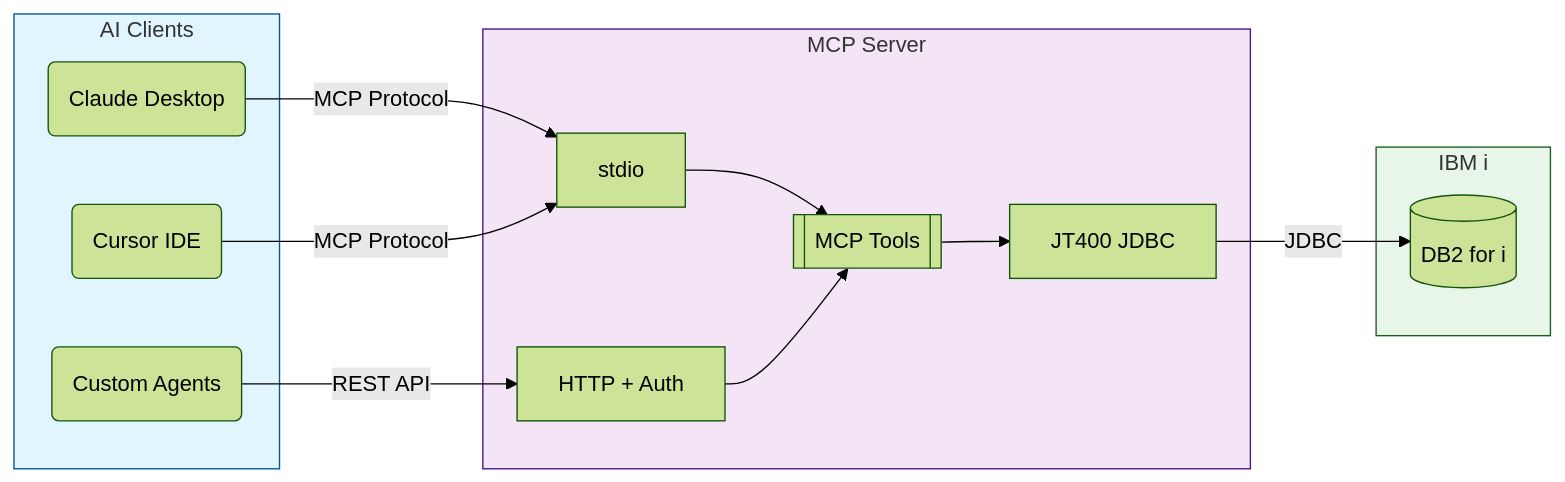
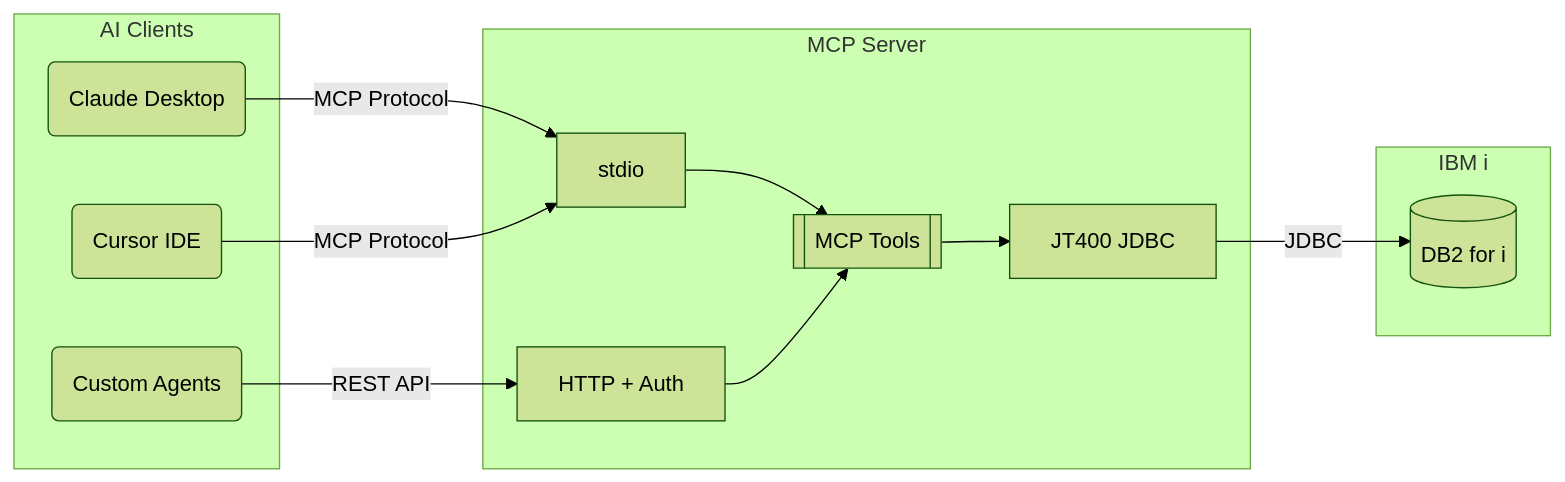
Before and after one commit to Strom-Capital/mcp-server-db2i: the diagram in README.md, drawn with Mermaid (forest theme). The commit also changed 1 other file, not shown here.

Commit message:
docs: remove custom colors from Mermaid diagrams

````diff
--- a/README.md
+++ b/README.md
@@ -21,29 +21,25 @@
 ```mermaid
 graph LR
     subgraph clients ["AI Clients"]
         claude("Claude Desktop")
         cursor("Cursor IDE")
         agents("Custom Agents")
     end
 
     subgraph server ["MCP Server"]
         stdio["stdio"]
         http["HTTP + Auth"]
         tools[["MCP Tools"]]
         jdbc["JT400 JDBC"]
     end
 
     subgraph ibmi ["IBM i"]
         db2[("DB2 for i")]
     end
 
     claude & cursor -->|MCP Protocol| stdio
     agents -->|REST API| http
     stdio & http --> tools
     tools --> jdbc
     jdbc -->|JDBC| db2
-
-    style clients fill:#e1f5fe,stroke:#01579b
-    style server fill:#f3e5f5,stroke:#4a148c
-    style ibmi fill:#e8f5e9,stroke:#1b5e20
 ```
````
